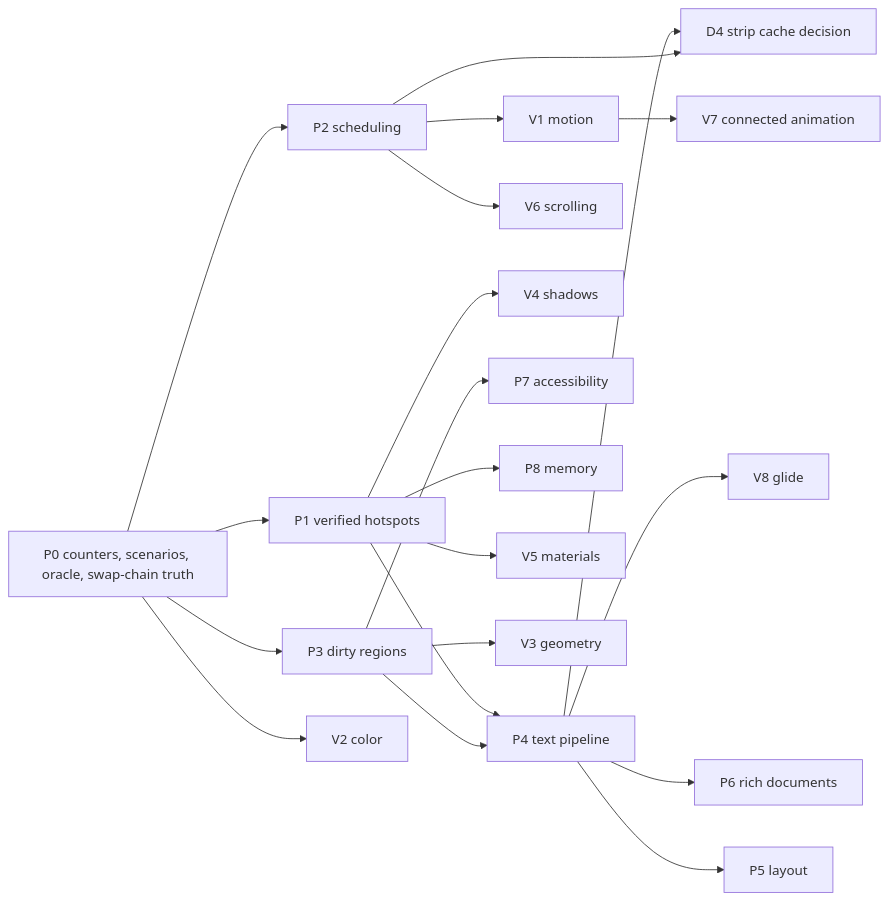
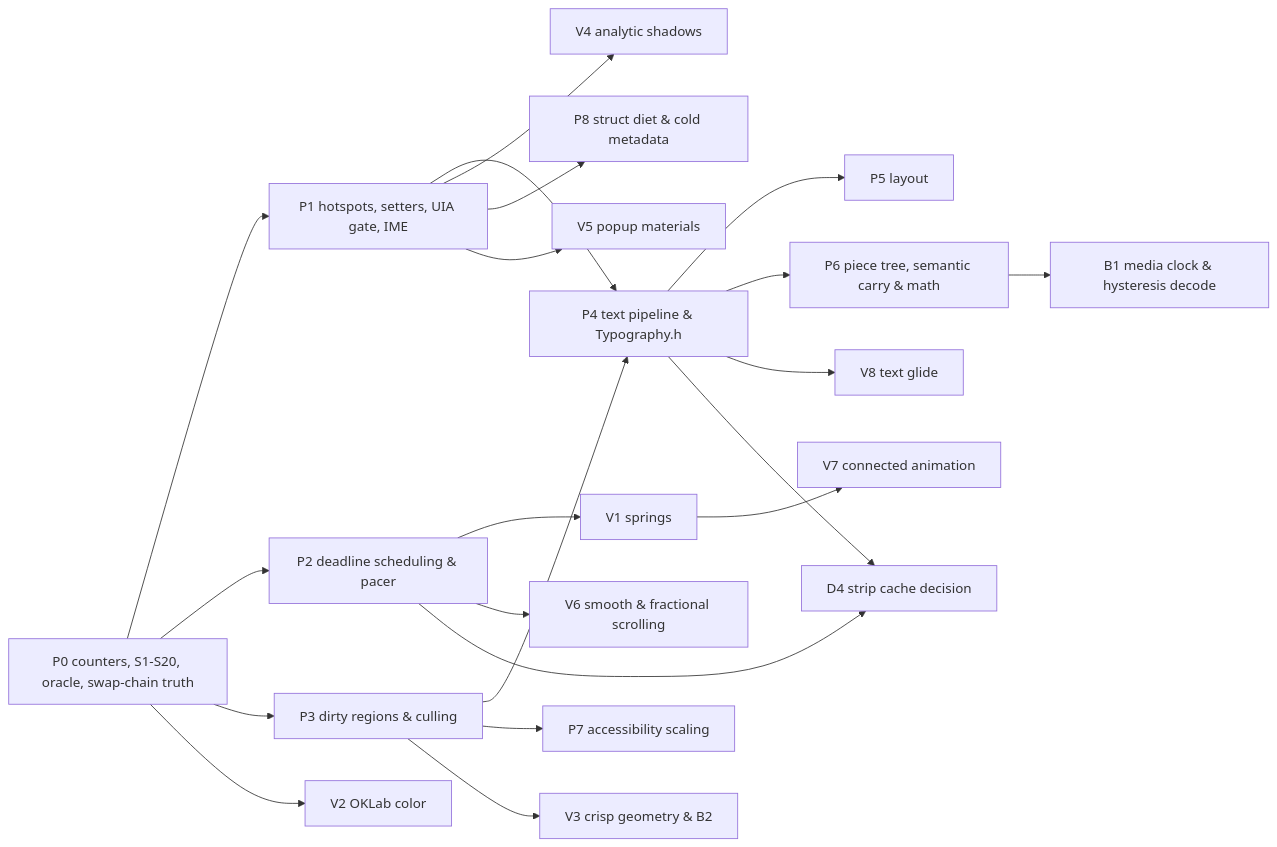
One commit to RedSalamanders/DxUi changed the diagram in Specs/Plans/WIP/RuntimeEfficiency_2026-11-07.md. Above: the diagram before and after it, drawn with Mermaid. The commit also changed other lines of this file and 2 other files, not shown here.

````diff
--- a/Specs/Plans/WIP/RuntimeEfficiency_2026-11-07.md
+++ b/Specs/Plans/WIP/RuntimeEfficiency_2026-11-07.md
@@ -692,22 +840,23 @@
 ```mermaid
 flowchart LR
-    P0["P0 counters, scenarios, oracle, swap-chain truth"] --> P1["P1 verified hotspots"]
-    P0 --> P2["P2 scheduling"]
-    P0 --> P3["P3 dirty regions"]
-    P1 --> P4["P4 text pipeline"]
+    P0["P0 counters, S1-S20, oracle, swap-chain truth"] --> P1["P1 hotspots, setters, UIA gate, IME"]
+    P0 --> P2["P2 deadline scheduling & pacer"]
+    P0 --> P3["P3 dirty regions & culling"]
+    P1 --> P4["P4 text pipeline & Typography.h"]
     P3 --> P4
-    P2 --> V1["V1 motion"]
-    P2 --> V6["V6 scrolling"]
-    P1 --> V4["V4 shadows"]
+    P2 --> V1["V1 springs"]
+    P2 --> V6["V6 smooth & fractional scrolling"]
+    P1 --> V4["V4 analytic shadows"]
     P4 --> P5["P5 layout"]
-    P4 --> P6["P6 rich documents"]
-    P3 --> P7["P7 accessibility"]
-    P1 --> P8["P8 memory"]
+    P4 --> P6["P6 piece tree, semantic carry & math"]
+    P3 --> P7["P7 accessibility scaling"]
+    P1 --> P8["P8 struct diet & cold metadata"]
     V1 --> V7["V7 connected animation"]
-    P1 --> V5["V5 materials"]
-    P4 --> V8["V8 glide"]
-    P3 --> V3["V3 geometry"]
-    P0 --> V2["V2 color"]
+    P1 --> V5["V5 popup materials"]
+    P4 --> V8["V8 text glide"]
+    P3 --> V3["V3 crisp geometry & B2"]
+    P0 --> V2["V2 OKLab color"]
     P4 --> D4["D4 strip cache decision"]
     P2 --> D4
+    P6 --> B1["B1 media clock & hysteresis decode"]
 ```
````
